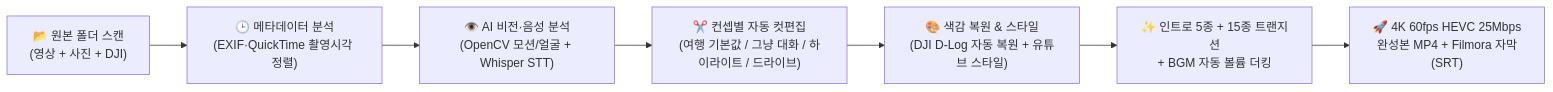
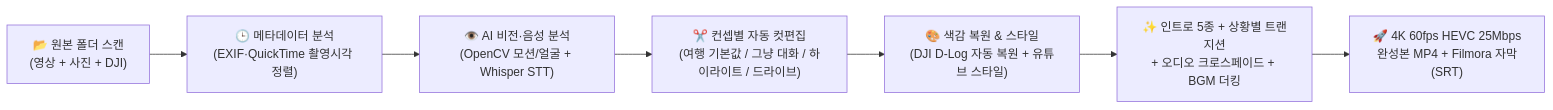
One commit to geniuth/autocut changed the diagram in AutoCut_Studio_2026_Summary.md. Above: the diagram before and after it, drawn with Mermaid. The commit also changed other lines of this file and 9 other files, not shown here.

````diff
--- a/AutoCut_Studio_2026_Summary.md
+++ b/AutoCut_Studio_2026_Summary.md
@@ -29,9 +29,9 @@
 ```mermaid
 flowchart LR
     A["📂 원본 폴더 스캔<br/>(영상 + 사진 + DJI)"] --> B["🕒 메타데이터 분석<br/>(EXIF·QuickTime 촬영시각 정렬)"]
     B --> C["👁️ AI 비전·음성 분석<br/>(OpenCV 모션/얼굴 + Whisper STT)"]
     C --> D["✂️ 컨셉별 자동 컷편집<br/>(여행 기본값 / 그냥 대화 / 하이라이트 / 드라이브)"]
     D --> E["🎨 색감 복원 & 스타일<br/>(DJI D-Log 자동 복원 + 유튜브 스타일)"]
-    E --> F["✨ 인트로 5종 + 15종 트랜지션<br/>+ BGM 자동 볼륨 더킹"]
+    E --> F["✨ 인트로 5종 + 상황별 트랜지션<br/>+ 오디오 크로스페이드 + BGM 더킹"]
     F --> G["🚀 4K 60fps HEVC 25Mbps<br/>완성본 MP4 + Filmora 자막(SRT)"]
 ```
````
